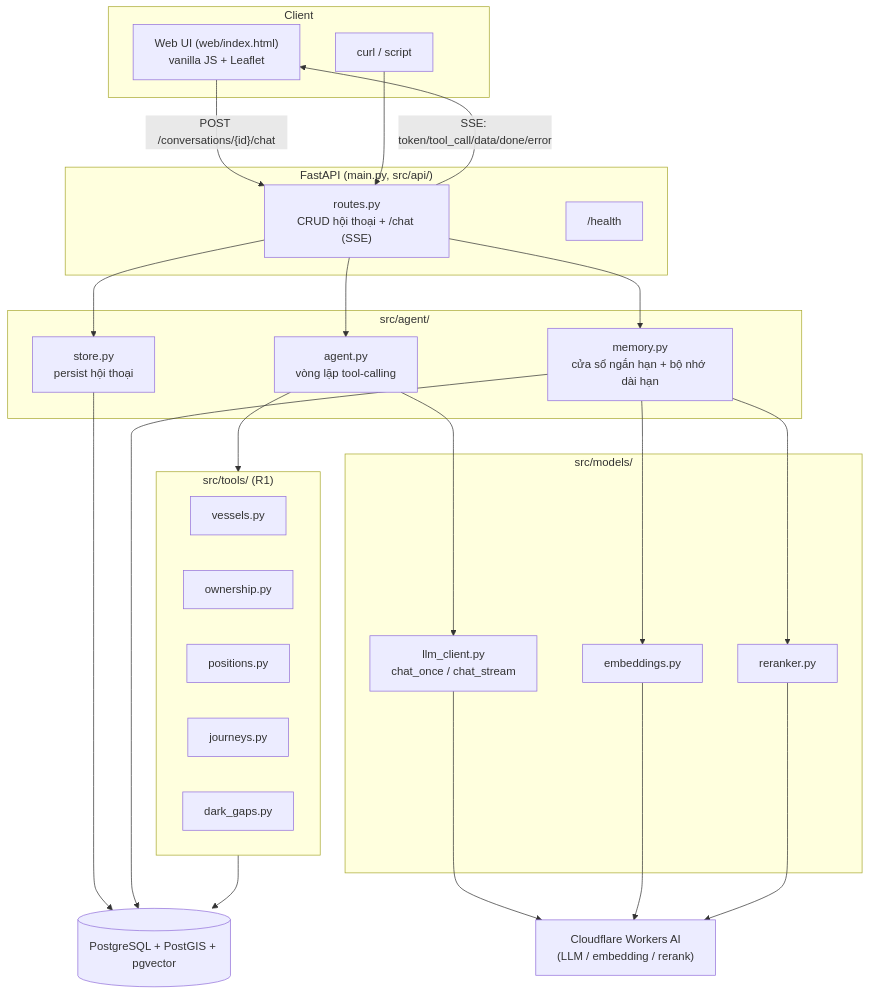
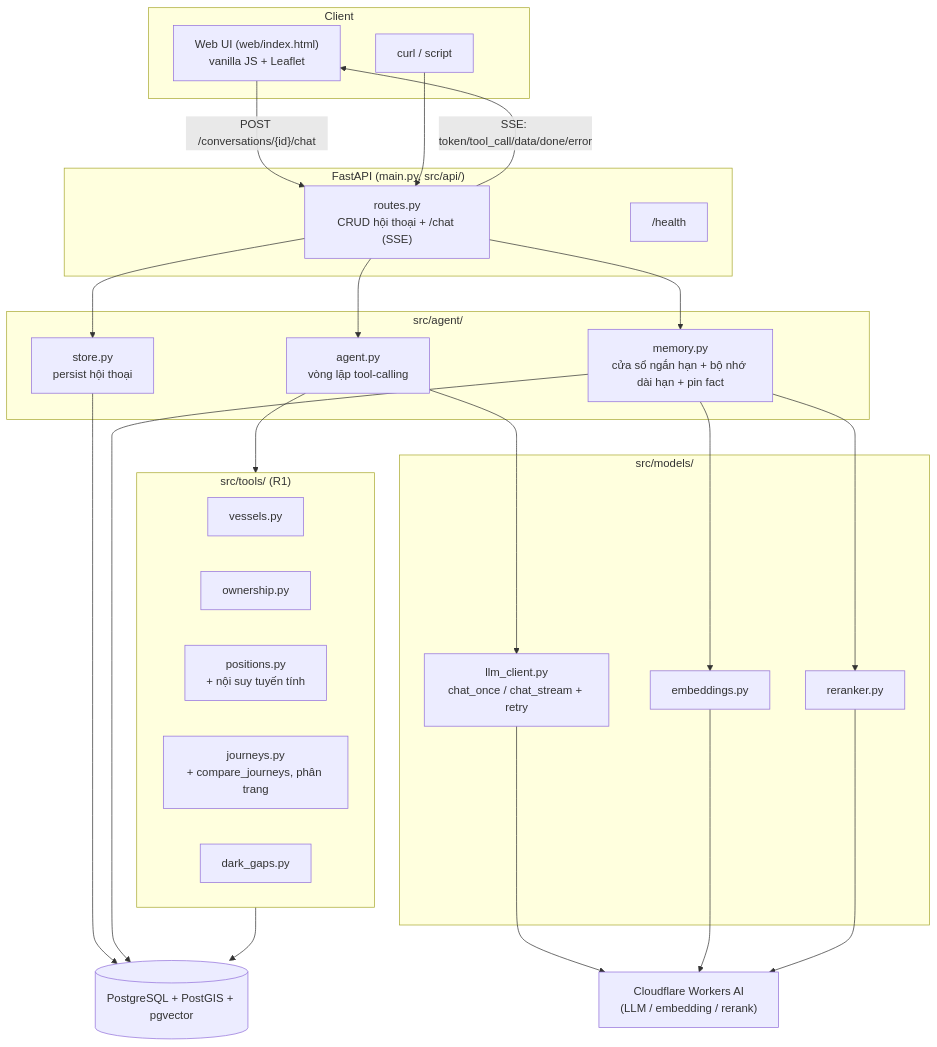
The first of 2 diagrams in docs/architecture.md (cong2235/vessel-tracking-chatbot), drawn with Mermaid before and after one commit. The commit also changed other lines of this file and 2 other files, not shown here.

````diff
--- a/docs/architecture.md
+++ b/docs/architecture.md
@@ -5,52 +5,52 @@
 ```mermaid
 flowchart TB
     subgraph Client
         UI["Web UI (web/index.html)<br/>vanilla JS + Leaflet"]
         CURL["curl / script"]
     end
 
     subgraph API["FastAPI (main.py, src/api/)"]
         ROUTES["routes.py<br/>CRUD hội thoại + /chat (SSE)"]
         HEALTH["/health"]
     end
 
     subgraph Agent["src/agent/"]
         LOOP["agent.py<br/>vòng lặp tool-calling"]
-        MEM["memory.py<br/>cửa sổ ngắn hạn + bộ nhớ dài hạn"]
+        MEM["memory.py<br/>cửa sổ ngắn hạn + bộ nhớ dài hạn + pin fact"]
         STORE["store.py<br/>persist hội thoại"]
     end
 
     subgraph Models["src/models/"]
-        LLM["llm_client.py<br/>chat_once / chat_stream"]
+        LLM["llm_client.py<br/>chat_once / chat_stream + retry"]
         EMB["embeddings.py"]
         RR["reranker.py"]
     end
 
     subgraph Tools["src/tools/ (R1)"]
         T1["vessels.py"]
         T2["ownership.py"]
-        T3["positions.py"]
-        T4["journeys.py"]
+        T3["positions.py<br/>+ nội suy tuyến tính"]
+        T4["journeys.py<br/>+ compare_journeys, phân trang"]
         T5["dark_gaps.py"]
     end
 
     DB[("PostgreSQL + PostGIS + pgvector")]
     CF["Cloudflare Workers AI<br/>(LLM / embedding / rerank)"]
 
     UI -- "POST /conversations/{id}/chat" --> ROUTES
     CURL --> ROUTES
     ROUTES --> STORE
     ROUTES --> MEM
     ROUTES --> LOOP
     LOOP --> LLM
     LOOP --> Tools
     MEM --> EMB
     MEM --> RR
     LLM --> CF
     EMB --> CF
     RR --> CF
     Tools --> DB
     STORE --> DB
     MEM --> DB
     ROUTES -- "SSE: token/tool_call/data/done/error" --> UI
 ```
````
